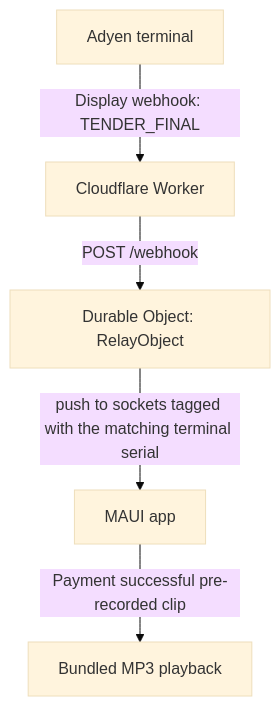
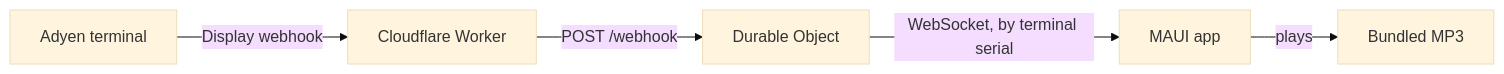
The diagram in docs/architecture.md (astiskala/adyen-out-loud), drawn with Mermaid (base theme) before and after one commit. The commit also changed other lines of this file and 45 other files, not shown here.

````diff
--- a/docs/architecture.md
+++ b/docs/architecture.md
@@ -10,7 +3,7 @@
 ```mermaid
-flowchart TD
-    T[Adyen terminal] -->|Display webhook: TENDER_FINAL| W[Cloudflare Worker]
-    W -->|POST /webhook| DO[Durable Object: RelayObject]
-    DO -->|push to sockets tagged with the matching terminal serial| APP[MAUI app]
-    APP -->|"Payment successful" pre-recorded clip| AUDIO[Bundled MP3 playback]
+flowchart LR
+    T[Adyen terminal] -->|Display webhook| W[Cloudflare Worker]
+    W -->|POST /webhook| DO[Durable Object]
+    DO -->|WebSocket, by terminal serial| APP[MAUI app]
+    APP -->|plays| MP3[Bundled MP3]
 ```
````
